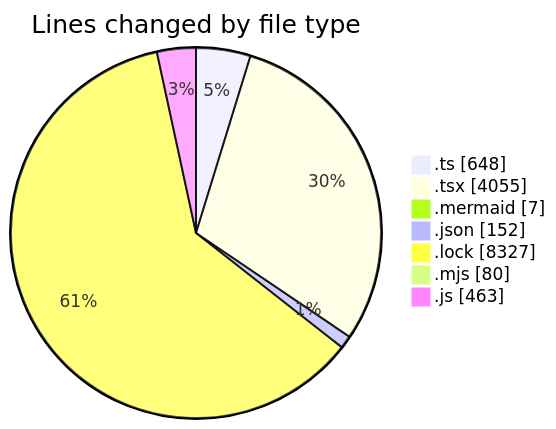
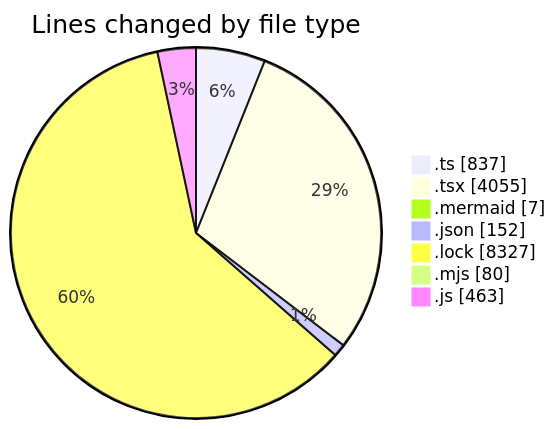
One commit to momahboobian/code-tracking changed the first of 2 diagrams in 2026-09-08/cda/README.md. Above: the diagram before and after it, drawn with Mermaid. The commit also changed other lines of this file and 1 other file, not shown here.

````diff
--- a/2026-09-08/cda/README.md
+++ b/2026-09-08/cda/README.md
@@ -49,11 +49,11 @@
 ```mermaid
 pie showData
 title Lines changed by file type
-".ts" : 648
+".ts" : 837
 ".tsx" : 4055
 ".mermaid" : 7
 ".json" : 152
 ".lock" : 8327
 ".mjs" : 80
 ".js" : 463
 ```
````
